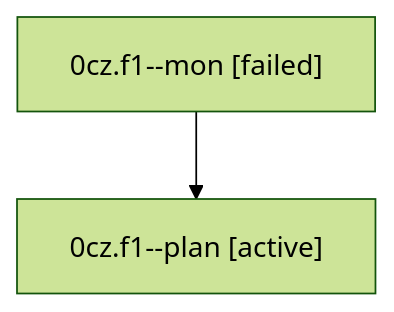
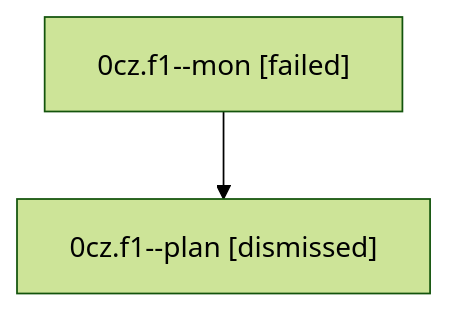
The diagram in sessions/bbugyi200.athena.0cz.f1.md (sase-org/sase--agents), drawn with Mermaid (forest theme) before and after one commit. The commit also changed other lines of this file and 33 other files, not shown here.

````diff
--- a/sessions/bbugyi200.athena.0cz.f1.md
+++ b/sessions/bbugyi200.athena.0cz.f1.md
@@ -9,6 +9,6 @@
 ```mermaid
 flowchart TD
   n0["0cz.f1--mon [failed]"]
-  n1["0cz.f1--plan [active]"]
+  n1["0cz.f1--plan [dismissed]"]
   n0 --> n1
 ```
````
